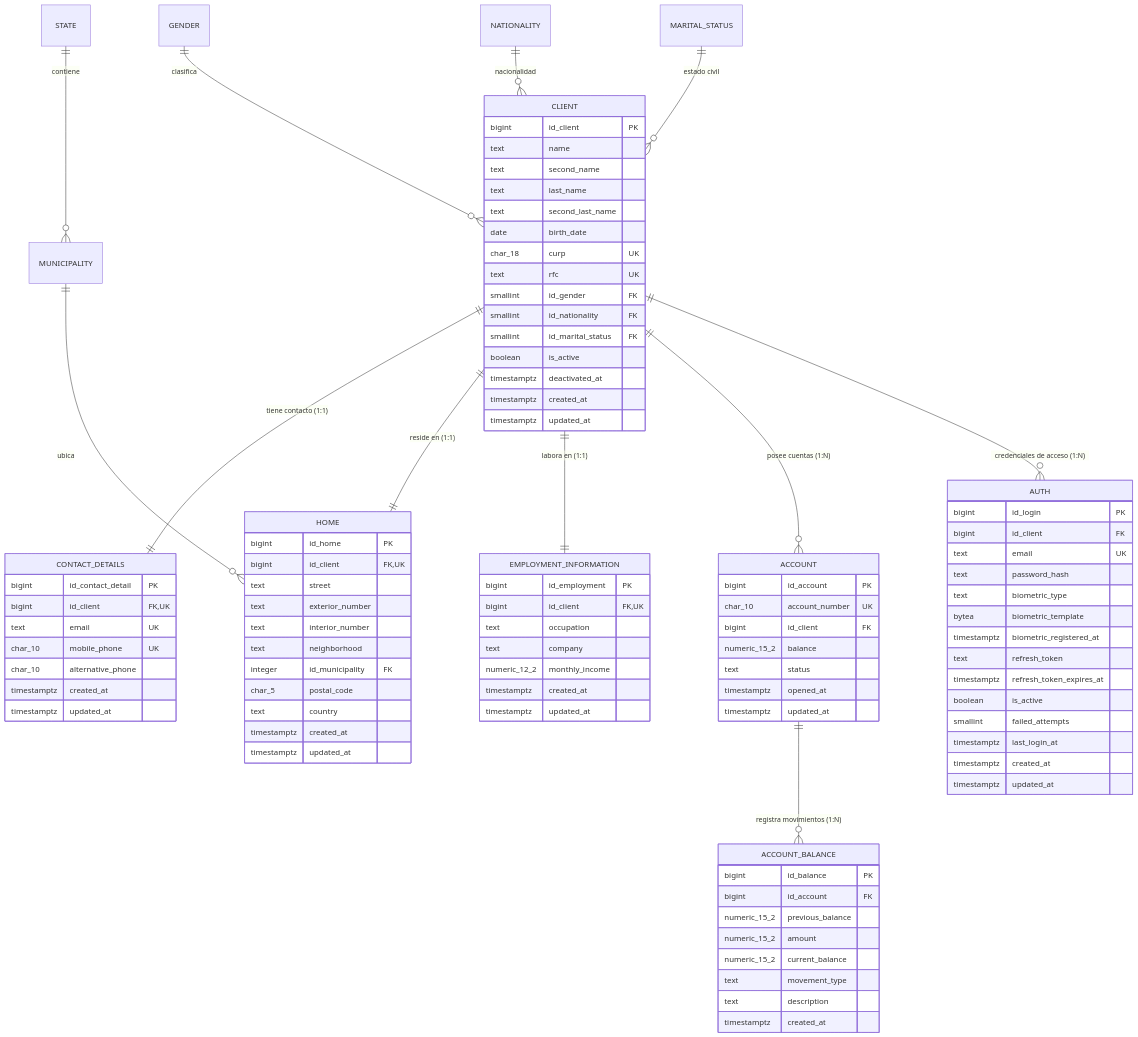
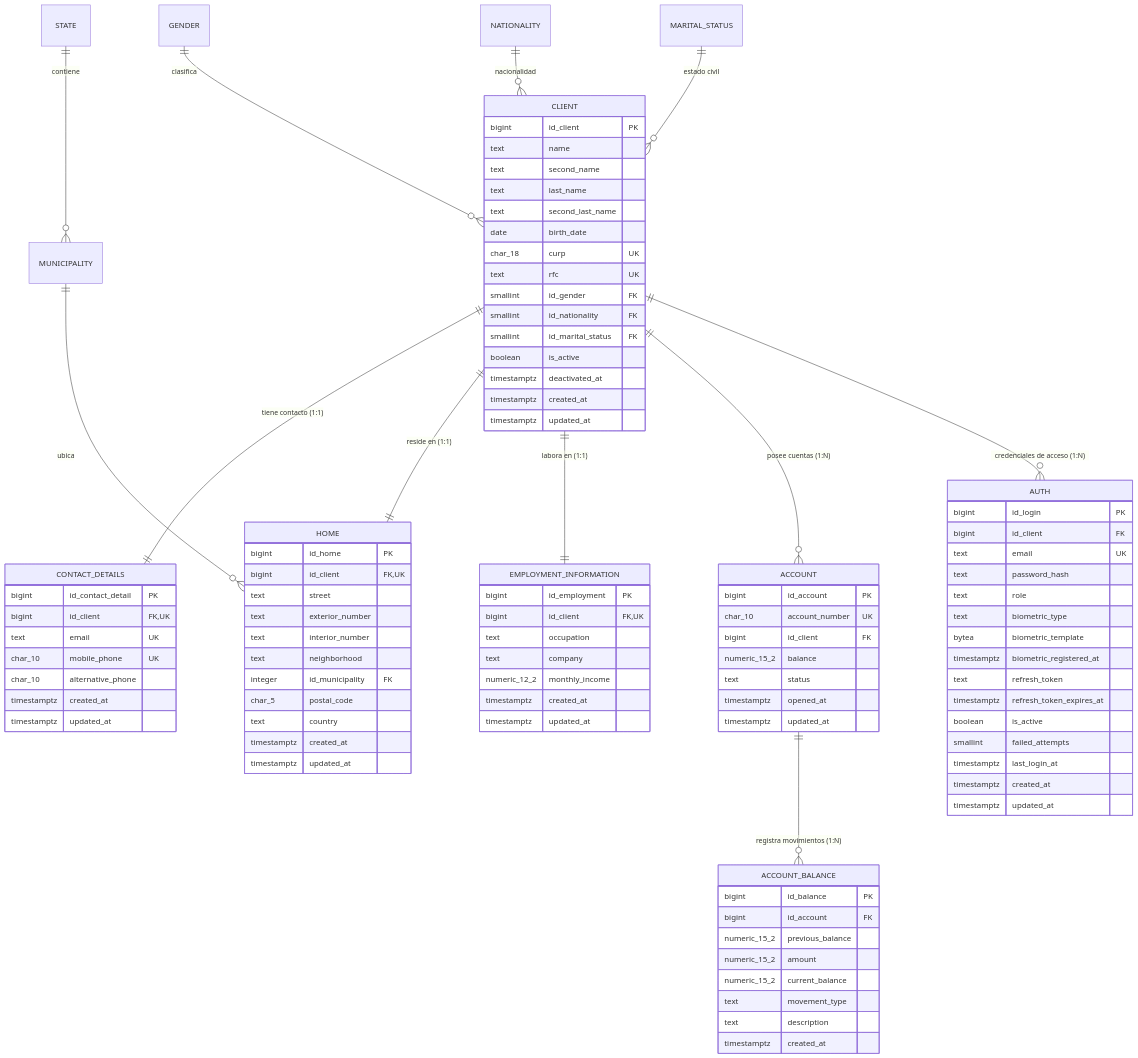
The first of 2 diagrams in README.md (gus-p3/U1_Banco_API), drawn with Mermaid before and after one commit. The commit also changed other lines of this file and 46 other files, not shown here.

```diff
--- a/README.md
+++ b/README.md
@@ -154,6 +155,7 @@
         bigint id_client FK
         text email UK
         text password_hash
+        text role
         text biometric_type
         bytea biometric_template
         timestamptz biometric_registered_at
```
